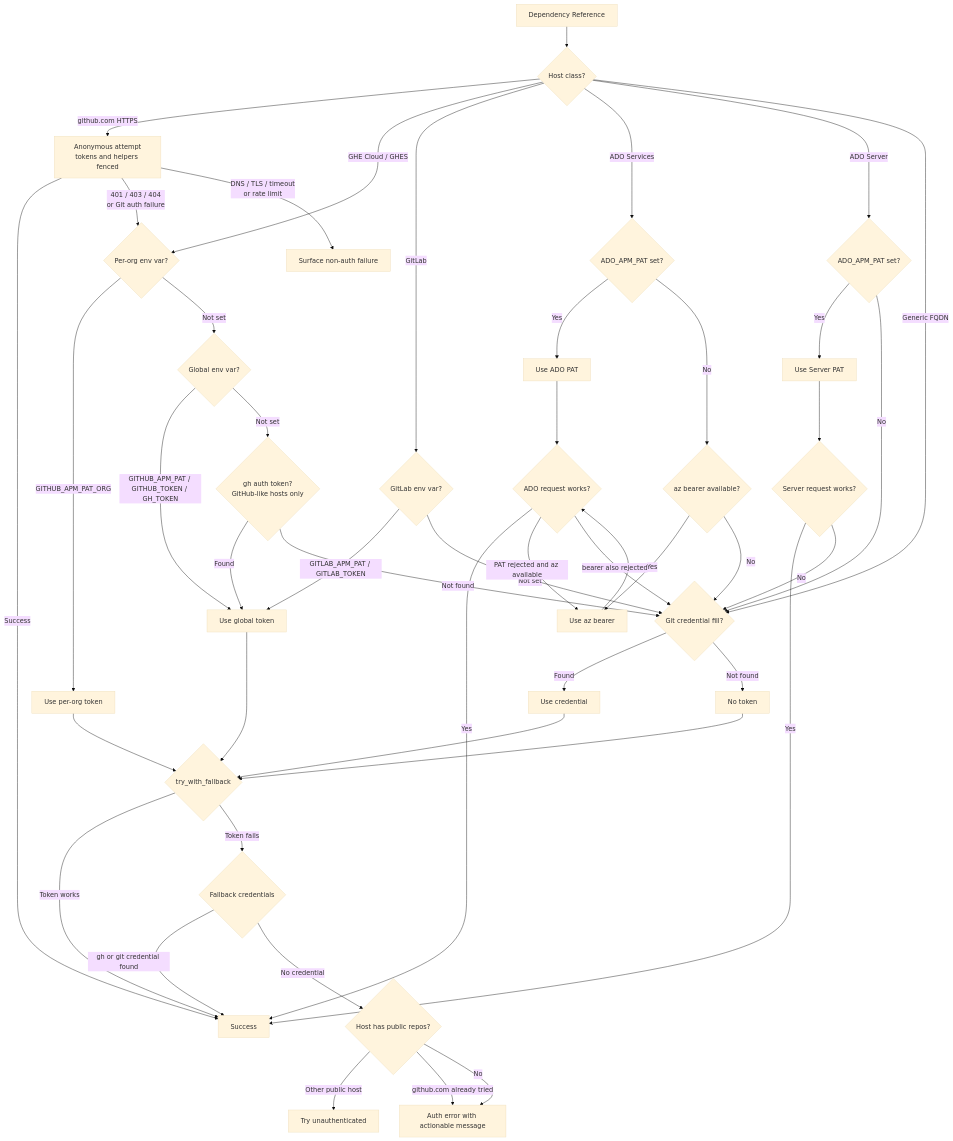
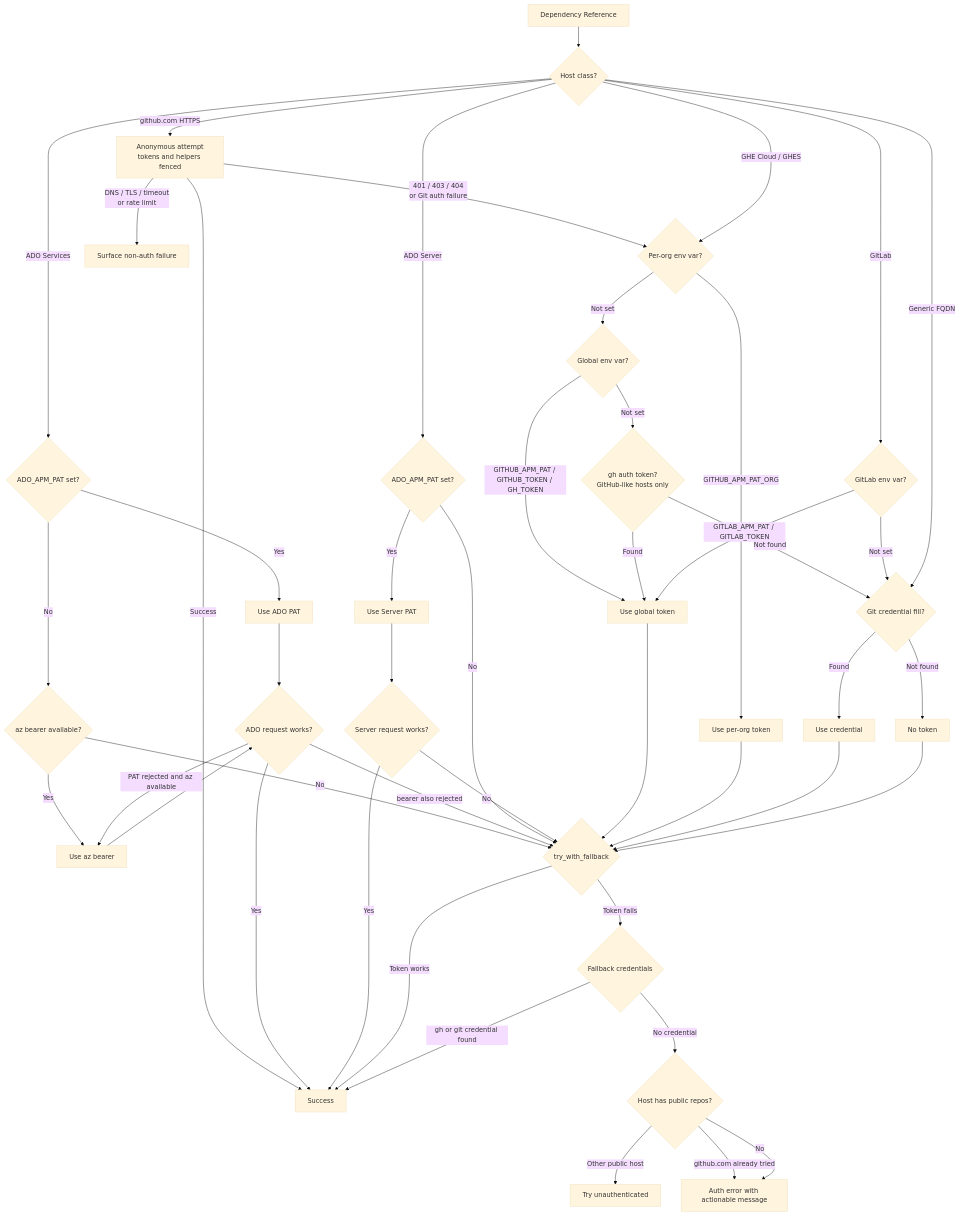
Before and after one commit to mheeaxa/apm: the diagram in docs/src/content/docs/getting-started/authentication.md, drawn with Mermaid (base theme). The commit also changed other lines of this file and 4 other files, not shown here.

````diff
--- a/docs/src/content/docs/getting-started/authentication.md
+++ b/docs/src/content/docs/getting-started/authentication.md
@@ -540,57 +542,57 @@
 ```mermaid
 flowchart TD
     A[Dependency Reference] --> HC{Host class?}
 
     HC -->|github.com HTTPS| ANON[Anonymous attempt<br/>tokens and helpers fenced]
     ANON -->|Success| L[Success]
     ANON -->|401 / 403 / 404<br/>or Git auth failure| B{Per-org env var?}
     ANON -->|DNS / TLS / timeout<br/>or rate limit| Q[Surface non-auth failure]
 
     HC -->|GHE Cloud / GHES| B
     B -->|GITHUB_APM_PAT_ORG| C[Use per-org token]
     B -->|Not set| D{Global env var?}
     D -->|GITHUB_APM_PAT / GITHUB_TOKEN / GH_TOKEN| E[Use global token]
     D -->|Not set| GH{gh auth token?<br/>GitHub-like hosts only}
     GH -->|Found| E
     GH -->|Not found| F{Git credential fill?}
 
     HC -->|GitLab| GL{GitLab env var?}
     GL -->|GITLAB_APM_PAT / GITLAB_TOKEN| E
     GL -->|Not set| F
 
     HC -->|ADO Services| ADOPAT{ADO_APM_PAT set?}
     ADOPAT -->|Yes| ADOCRED[Use ADO PAT]
     ADOPAT -->|No| AZ{az bearer available?}
     AZ -->|Yes| ADOBEARER[Use az bearer]
-    AZ -->|No| F
+    AZ -->|No| I
     ADOCRED --> ADOREQ{ADO request works?}
     ADOBEARER --> ADOREQ
     ADOREQ -->|Yes| L
     ADOREQ -->|PAT rejected and az available| ADOBEARER
-    ADOREQ -->|bearer also rejected| F
+    ADOREQ -->|bearer also rejected| I
 
     HC -->|ADO Server| SERVERPAT{ADO_APM_PAT set?}
     SERVERPAT -->|Yes| SERVERCRED[Use Server PAT]
-    SERVERPAT -->|No| F
+    SERVERPAT -->|No| I
     SERVERCRED --> SERVERREQ{Server request works?}
     SERVERREQ -->|Yes| L
-    SERVERREQ -->|No| F
+    SERVERREQ -->|No| I
 
     HC -->|Generic FQDN| F
 
     F -->|Found| G[Use credential]
     F -->|Not found| H[No token]
 
     E --> I{try_with_fallback}
     C --> I
     G --> I
     H --> I
 
     I -->|Token works| L
     I -->|Token fails| M{Fallback credentials}
     M -->|gh or git credential found| L
     M -->|No credential| N{Host has public repos?}
     N -->|Other public host| O[Try unauthenticated]
     N -->|github.com already tried| P
     N -->|No| P[Auth error with actionable message]
 ```
````
